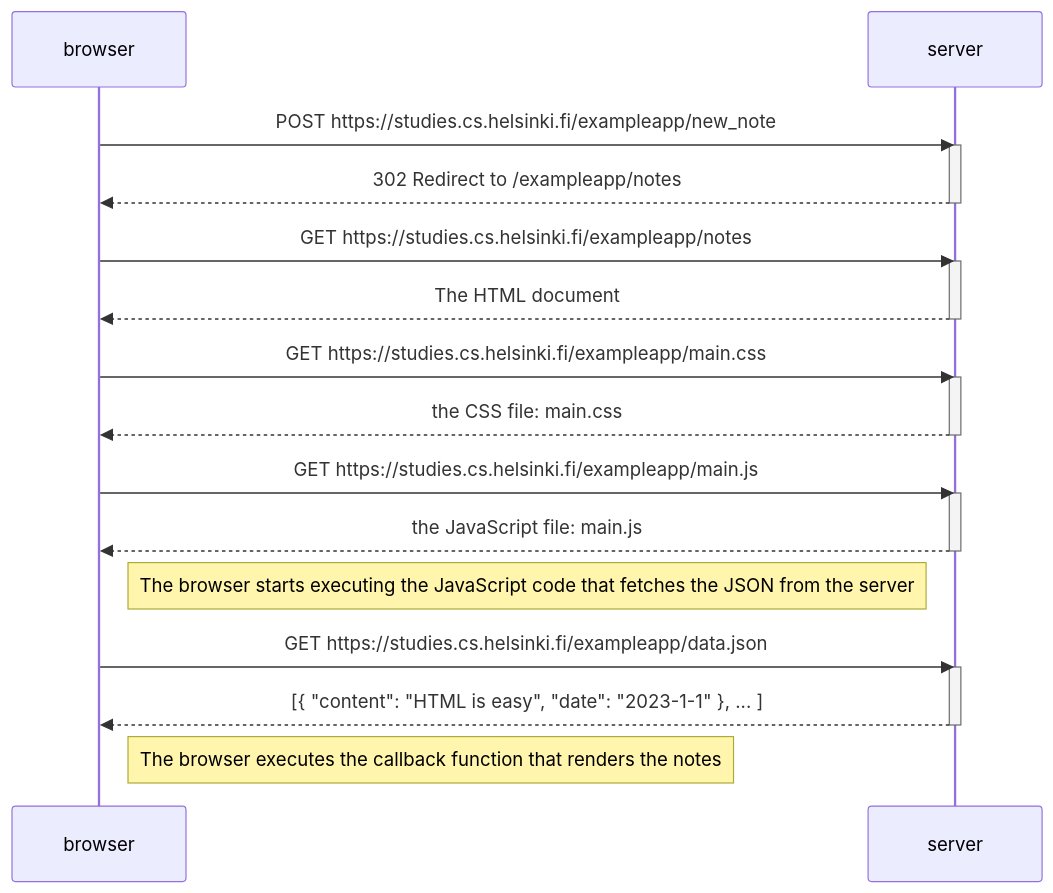
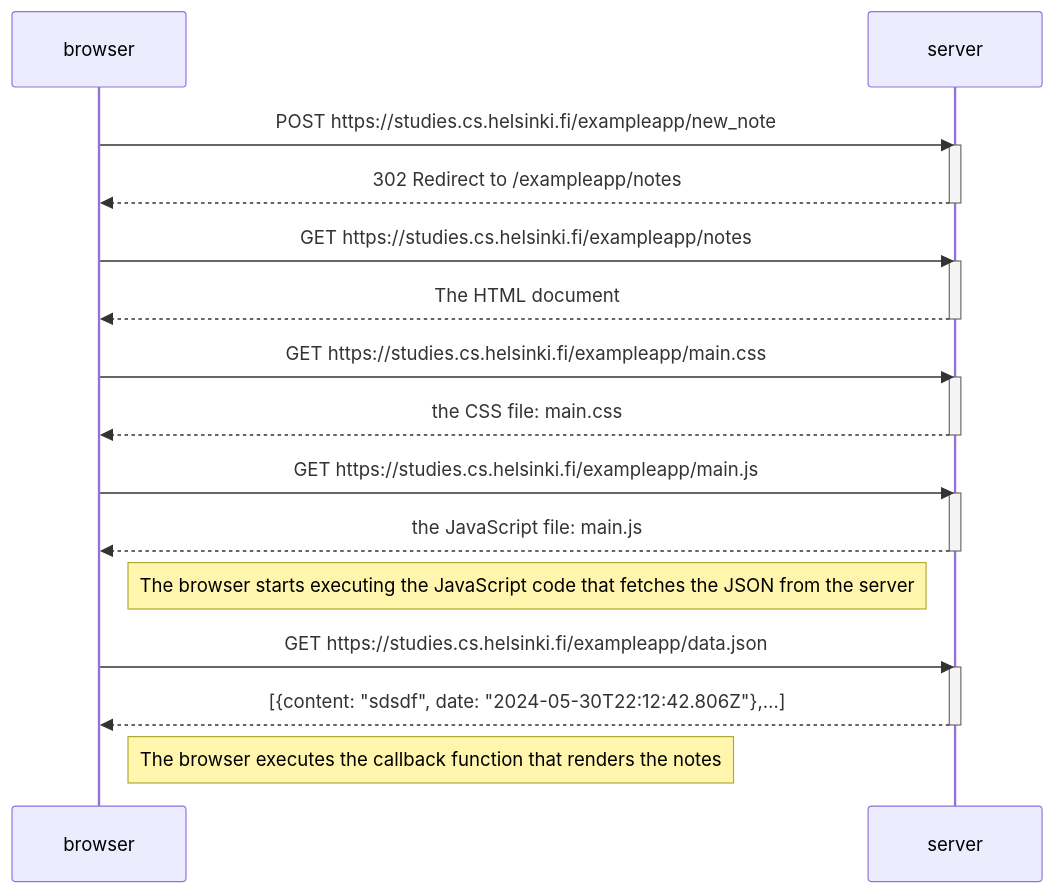
The diagram in part0/0.4_New_note_diagram.md (PrountsisTraianos/FullStackOpen_2024), drawn with Mermaid before and after one commit.

Commit message:
Correction to the data.json response from the server.

````diff
--- a/part0/0.4_New_note_diagram.md
+++ b/part0/0.4_New_note_diagram.md
@@ -1,35 +1,35 @@
 ```mermaid
 sequenceDiagram
     participant browser
     participant server
 
     browser->>server: POST https://studies.cs.helsinki.fi/exampleapp/new_note
 
     activate server
     server-->>browser: 302 Redirect to /exampleapp/notes
     deactivate server
 
     browser->>server: GET https://studies.cs.helsinki.fi/exampleapp/notes
     activate server
     server-->>browser: The HTML document
     deactivate server
 
     browser->>server: GET https://studies.cs.helsinki.fi/exampleapp/main.css
     activate server
     server-->>browser: the CSS file: main.css 
     deactivate server
 
     browser->>server: GET https://studies.cs.helsinki.fi/exampleapp/main.js
     activate server
     server-->>browser: the JavaScript file: main.js
     deactivate server
 
     Note right of browser: The browser starts executing the JavaScript code that fetches the JSON from the server
 
     browser->>server: GET https://studies.cs.helsinki.fi/exampleapp/data.json
     activate server
-    server-->>browser: [{ "content": "HTML is easy", "date": "2023-1-1" }, ... ]
+    server-->>browser:[{content: "sdsdf", date: "2024-05-30T22:12:42.806Z"},…]
     deactivate server
 
     Note right of browser: The browser executes the callback function that renders the notes
 ```
````
